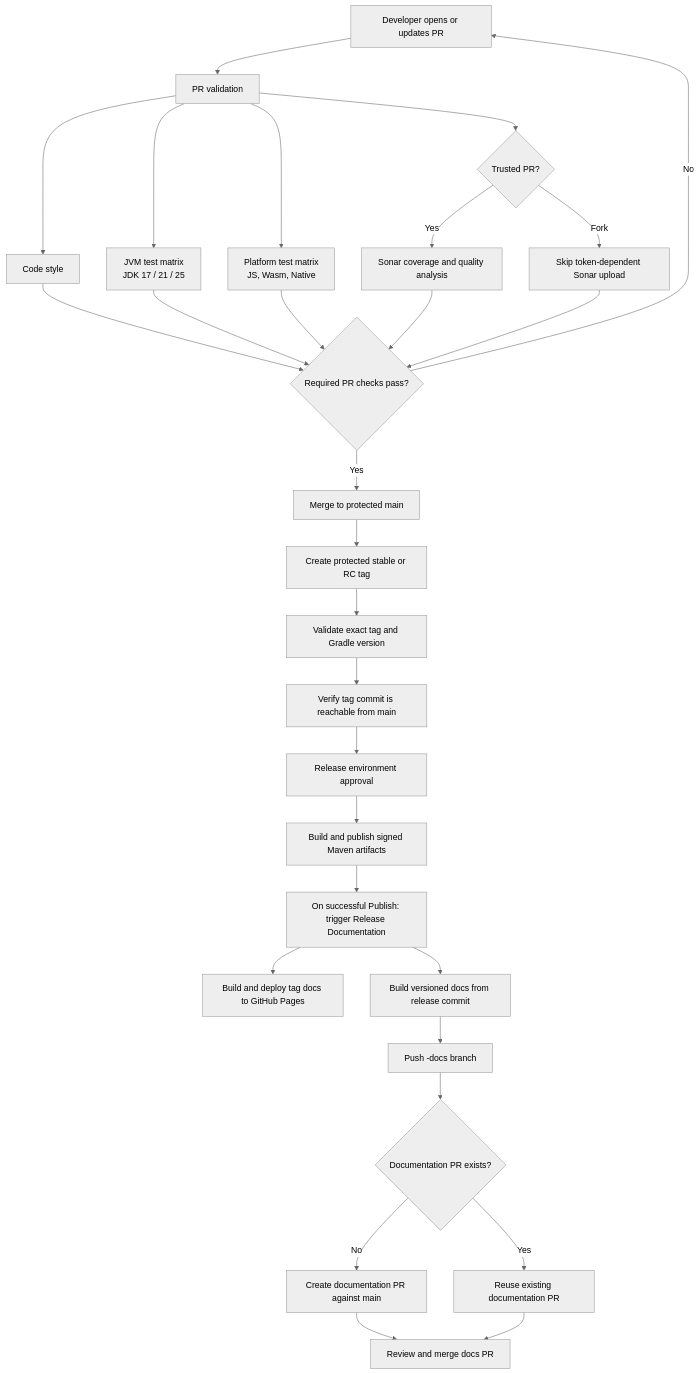
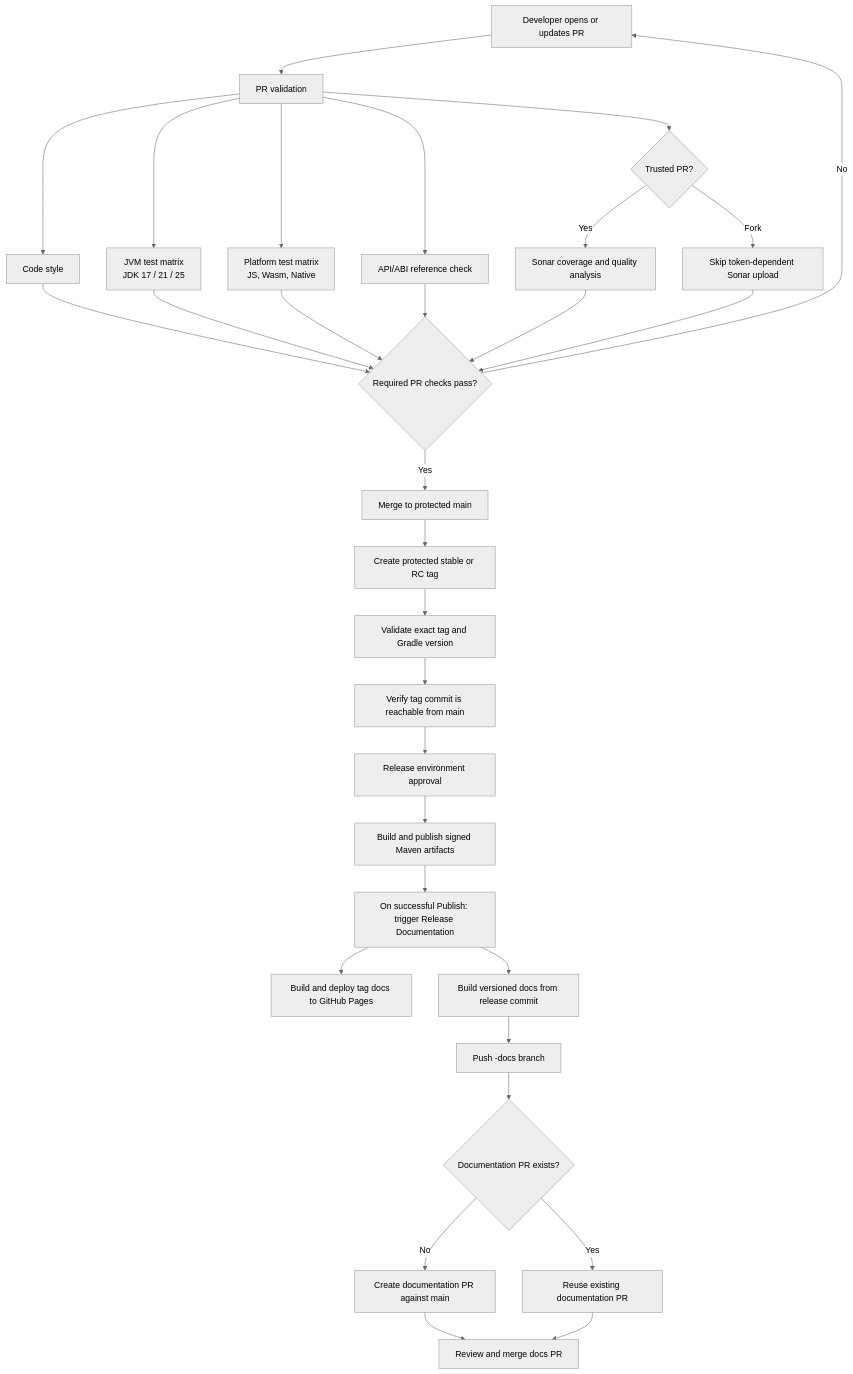
The diagram in docs/ci-cd.md (cponfick/komp-geom), drawn with Mermaid (neutral theme) before and after one commit. The commit also changed other lines of this file and 11 other files, not shown here.

````diff
--- a/docs/ci-cd.md
+++ b/docs/ci-cd.md
@@ -5,31 +7,33 @@
 ```mermaid
 flowchart TD
     A[Developer opens or updates PR] --> B[PR validation]
     B --> C[Code style]
     B --> D[JVM test matrix\nJDK 17 / 21 / 25]
     B --> E[Platform test matrix\nJS, Wasm, Native]
+    B --> ABI[API/ABI reference check]
     B --> F{Trusted PR?}
     F -->|Yes| G[Sonar coverage and quality analysis]
     F -->|Fork| H[Skip token-dependent Sonar upload]
     C --> I{Required PR checks pass?}
     D --> I
     E --> I
+    ABI --> I
     G --> I
     H --> I
     I -->|No| A
     I -->|Yes| J[Merge to protected main]
     J --> K[Create protected stable or RC tag]
     K --> L[Validate exact tag and Gradle version]
     L --> M[Verify tag commit is reachable from main]
     M --> N[Release environment approval]
     N --> O[Build and publish signed Maven artifacts]
     O --> Q[On successful Publish: trigger Release Documentation]
     Q --> P[Build and deploy tag docs to GitHub Pages]
     Q --> R[Build versioned docs from release commit]
     R --> S[Push <tag>-docs branch]
     S --> T{Documentation PR exists?}
     T -->|No| U[Create documentation PR against main]
     T -->|Yes| V[Reuse existing documentation PR]
     U --> W[Review and merge docs PR]
     V --> W
 ```
````
